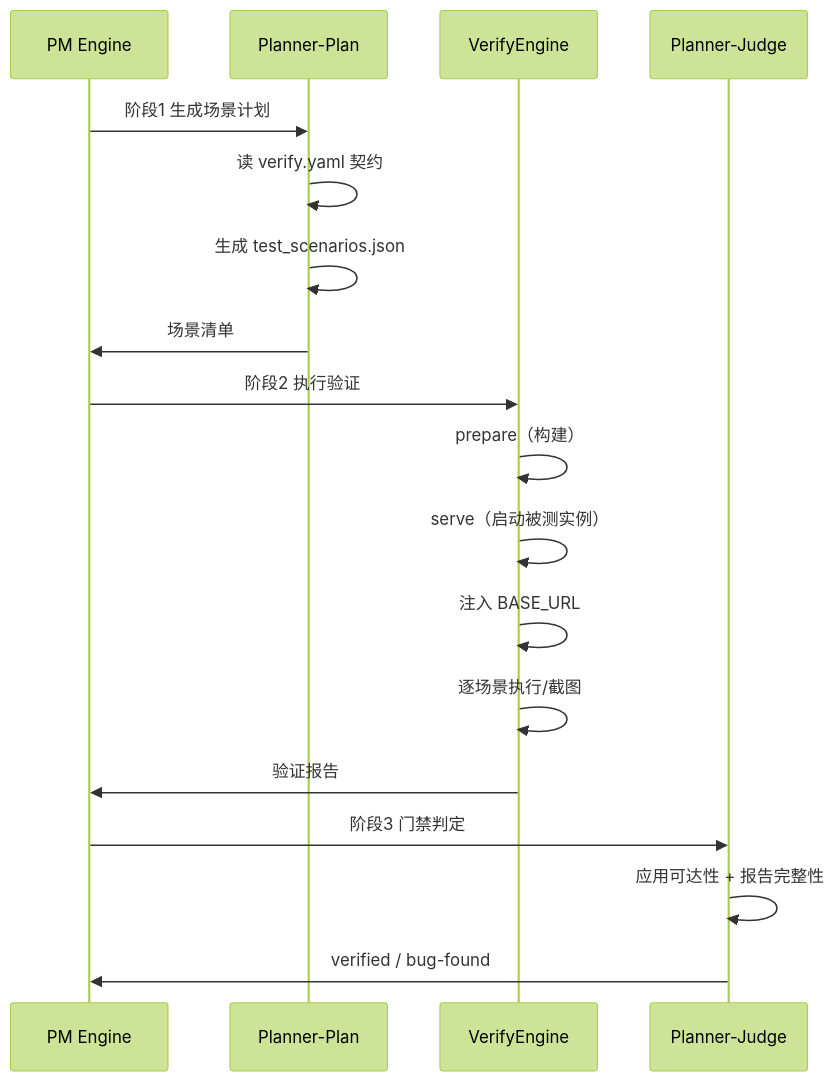
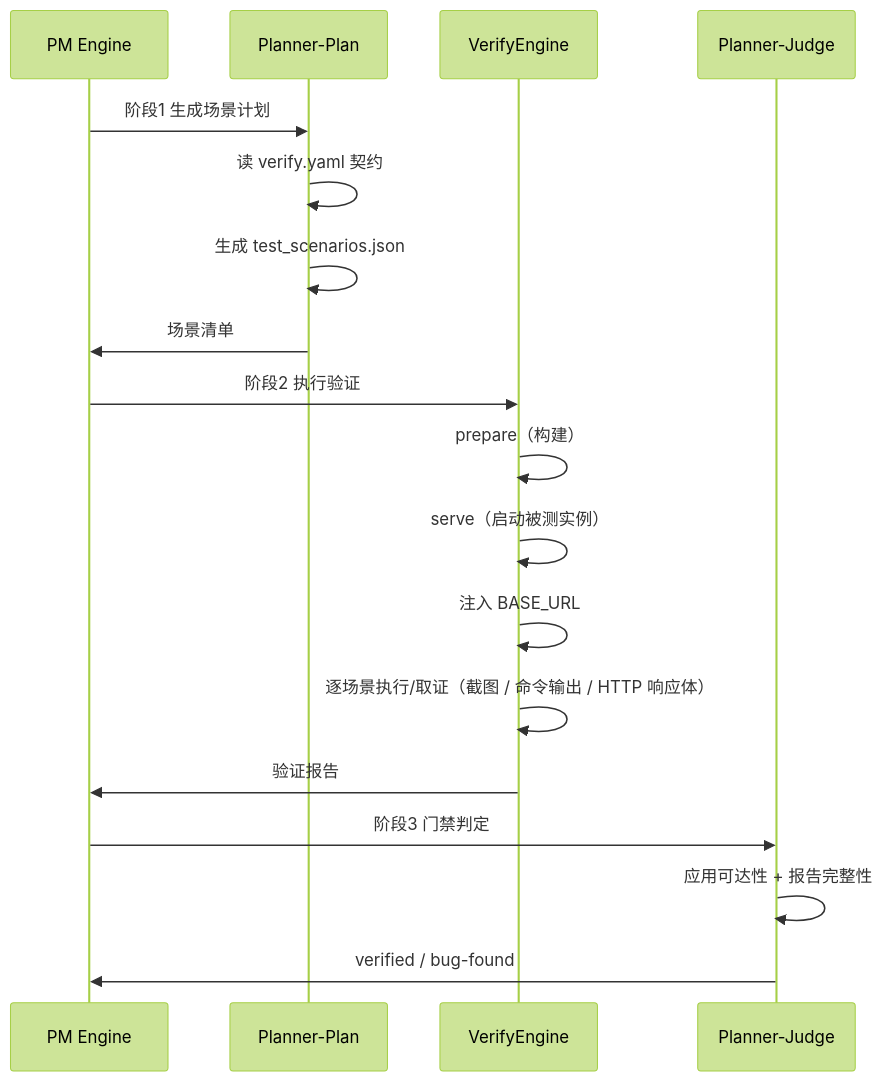
One commit to fenixsoft/fenixd changed the diagram in docs/help/05-verification.md. Above: the diagram before and after it, drawn with Mermaid (forest theme). The commit also changed other lines of this file and 3 other files, not shown here.

````diff
--- a/docs/help/05-verification.md
+++ b/docs/help/05-verification.md
@@ -7,21 +7,21 @@
 ```mermaid
 sequenceDiagram
     participant PM as PM Engine
     participant PLAN as Planner-Plan
     participant VE as VerifyEngine
     participant JUDGE as Planner-Judge
 
     PM->>PLAN: 阶段1 生成场景计划
     PLAN->>PLAN: 读 verify.yaml 契约
     PLAN->>PLAN: 生成 test_scenarios.json
     PLAN->>PM: 场景清单
     PM->>VE: 阶段2 执行验证
     VE->>VE: prepare（构建）
     VE->>VE: serve（启动被测实例）
     VE->>VE: 注入 BASE_URL
-    VE->>VE: 逐场景执行/截图
+    VE->>VE: 逐场景执行/取证（截图 / 命令输出 / HTTP 响应体）
     VE->>PM: 验证报告
     PM->>JUDGE: 阶段3 门禁判定
     JUDGE->>JUDGE: 应用可达性 + 报告完整性
     JUDGE->>PM: verified / bug-found
 ```
````
